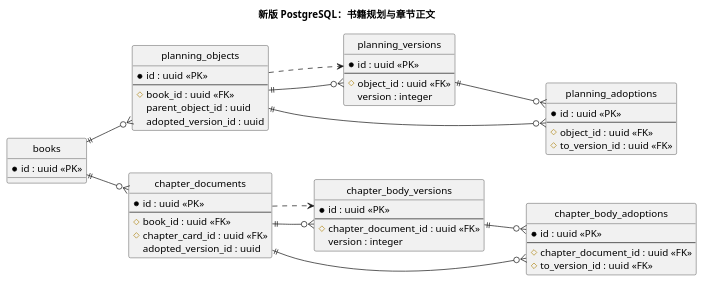
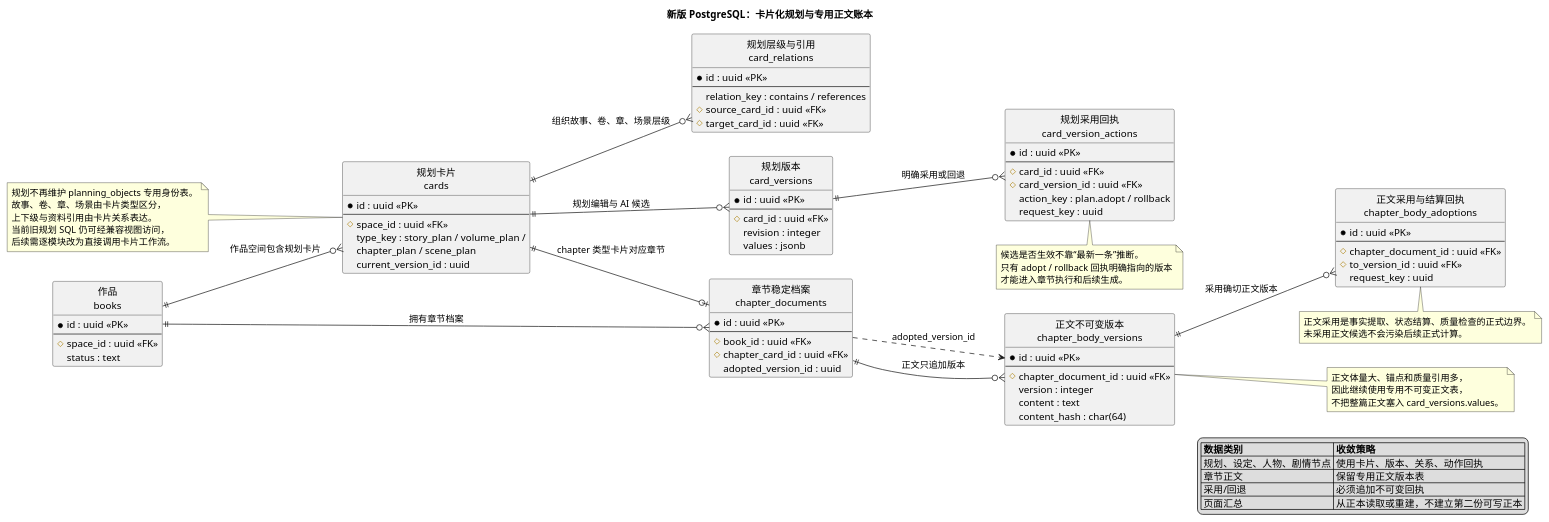
The diagram in doc/20架构/diagrams/book-production.puml (leqixiaozi/AI-Novel-Writing-Assistant), drawn with PlantUML before and after one commit. The commit also changed 12 other files, not shown here.

First line of the commit message:
docs(new-design): record installed card-kernel v2 schema

```diff
--- a/doc/20架构/diagrams/book-production.puml
+++ b/doc/20架构/diagrams/book-production.puml
@@ -1,60 +1,108 @@
 @startuml
-title 新版 PostgreSQL：书籍规划与章节正文
+title 新版 PostgreSQL：卡片化规划与专用正文账本
 left to right direction
 skinparam shadowing false
 hide circle
 
-entity "books" as books {
-  * id : uuid <<PK>>
-}
-entity "planning_objects" as plan_objects {
+entity "作品\nbooks" as books {
   * id : uuid <<PK>>
   --
-  # book_id : uuid <<FK>>
-  parent_object_id : uuid
-  adopted_version_id : uuid
+  # space_id : uuid <<FK>>
+  status : text
 }
-entity "planning_versions" as plan_versions {
+entity "规划卡片\ncards" as plan_cards {
   * id : uuid <<PK>>
   --
-  # object_id : uuid <<FK>>
-  version : integer
+  # space_id : uuid <<FK>>
+  type_key : story_plan / volume_plan /
+             chapter_plan / scene_plan
+  current_version_id : uuid
 }
-entity "planning_adoptions" as plan_adoptions {
+entity "规划版本\ncard_versions" as plan_versions {
   * id : uuid <<PK>>
   --
-  # object_id : uuid <<FK>>
-  # to_version_id : uuid <<FK>>
+  # card_id : uuid <<FK>>
+  revision : integer
+  values : jsonb
 }
-entity "chapter_documents" as chapters {
+entity "规划层级与引用\ncard_relations" as plan_relations {
+  * id : uuid <<PK>>
+  --
+  relation_key : contains / references
+  # source_card_id : uuid <<FK>>
+  # target_card_id : uuid <<FK>>
+}
+entity "规划采用回执\ncard_version_actions" as plan_actions {
+  * id : uuid <<PK>>
+  --
+  # card_id : uuid <<FK>>
+  # card_version_id : uuid <<FK>>
+  action_key : plan.adopt / rollback
+  request_key : uuid
+}
+entity "章节稳定档案\nchapter_documents" as chapters {
   * id : uuid <<PK>>
   --
   # book_id : uuid <<FK>>
   # chapter_card_id : uuid <<FK>>
   adopted_version_id : uuid
 }
-entity "chapter_body_versions" as bodies {
+entity "正文不可变版本\nchapter_body_versions" as bodies {
   * id : uuid <<PK>>
   --
   # chapter_document_id : uuid <<FK>>
   version : integer
+  content : text
+  content_hash : char(64)
 }
-entity "chapter_body_adoptions" as body_adoptions {
+entity "正文采用与结算回执\nchapter_body_adoptions" as body_actions {
   * id : uuid <<PK>>
   --
   # chapter_document_id : uuid <<FK>>
   # to_version_id : uuid <<FK>>
+  request_key : uuid
 }
 
-books ||--o{ plan_objects
-plan_objects ||--o{ plan_versions
-plan_objects ||--o{ plan_adoptions
-plan_versions ||--o{ plan_adoptions
-plan_objects ..> plan_versions
+books ||--o{ plan_cards : 作品空间包含规划卡片
+plan_cards ||--o{ plan_versions : 规划编辑与 AI 候选
+plan_cards ||--o{ plan_relations : 组织故事、卷、章、场景层级
+plan_versions ||--o{ plan_actions : 明确采用或回退
+books ||--o{ chapters : 拥有章节档案
+plan_cards ||--o| chapters : chapter 类型卡片对应章节
+chapters ||--o{ bodies : 正文只追加版本
+bodies ||--o{ body_actions : 采用确切正文版本
+chapters ..> bodies : adopted_version_id
 
-books ||--o{ chapters
-chapters ||--o{ bodies
-chapters ||--o{ body_adoptions
-bodies ||--o{ body_adoptions
-chapters ..> bodies
+note left of plan_cards
+  规划不再维护 planning_objects 专用身份表。
+  故事、卷、章、场景由卡片类型区分，
+  上下级与资料引用由卡片关系表达。
+  当前旧规划 SQL 仍可经兼容视图访问，
+  后续需逐模块改为直接调用卡片工作流。
+end note
+
+note bottom of plan_actions
+  候选是否生效不靠“最新一条”推断。
+  只有 adopt / rollback 回执明确指向的版本
+  才能进入章节执行和后续生成。
+end note
+
+note right of bodies
+  正文体量大、锚点和质量引用多，
+  因此继续使用专用不可变正文表，
+  不把整篇正文塞入 card_versions.values。
+end note
+
+note bottom of body_actions
+  正文采用是事实提取、状态结算、质量检查的正式边界。
+  未采用正文候选不会污染后续正式计算。
+end note
+
+legend right
+  |= 数据类别 |= 收敛策略 |
+  | 规划、设定、人物、剧情节点 | 使用卡片、版本、关系、动作回执 |
+  | 章节正文 | 保留专用正文版本表 |
+  | 采用/回退 | 必须追加不可变回执 |
+  | 页面汇总 | 从正本读取或重建，不建立第二份可写正本 |
+endlegend
 @enduml
```
